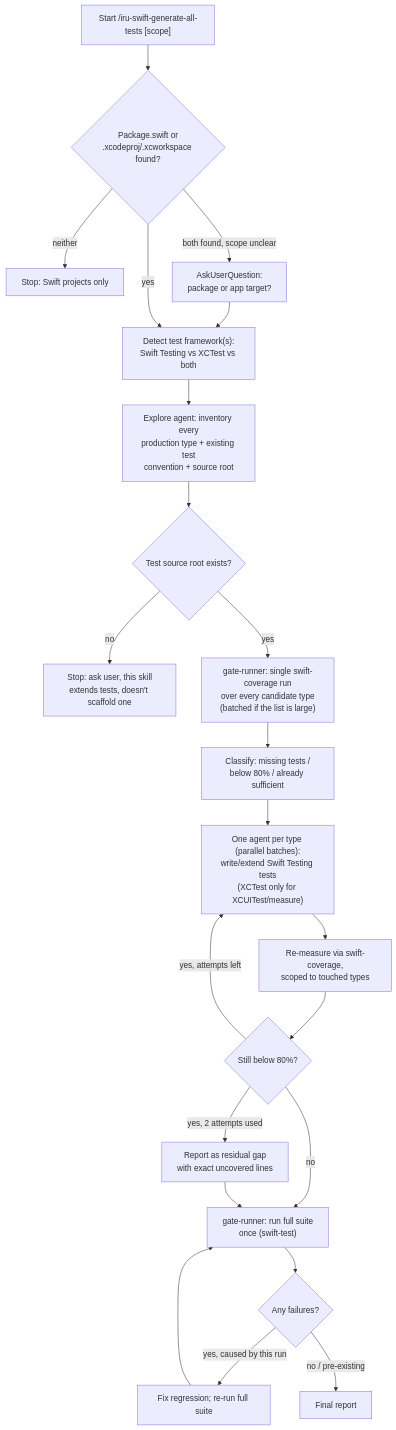
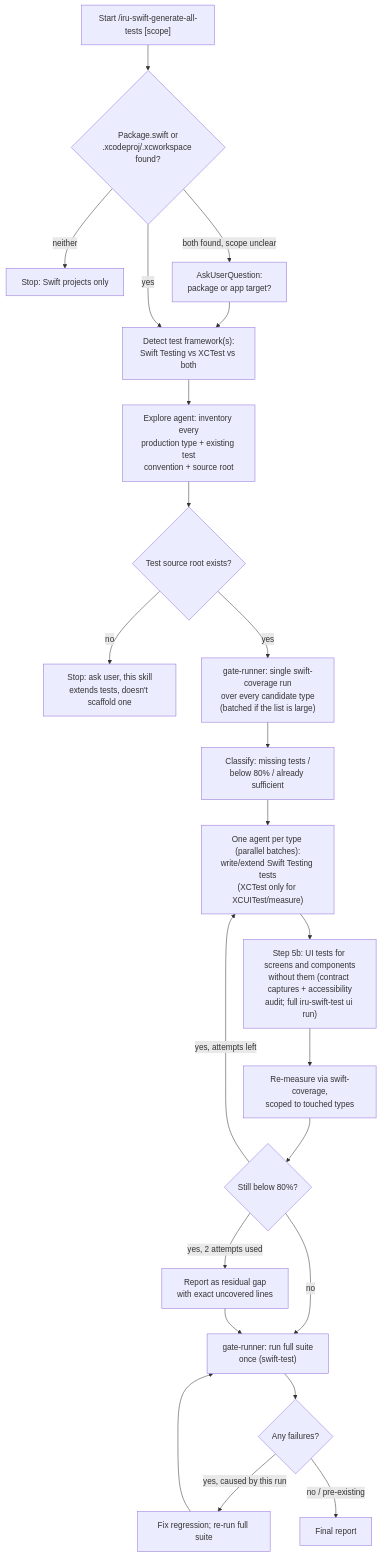
Before and after one commit to albertoirurueta/ai-catalog: the diagram in docs/modules/ROOT/pages/skills/iru-swift-generate-all-tests.adoc, drawn with Mermaid. The commit also changed other lines of this file and 325 other files, not shown here.

```diff
--- a/docs/modules/ROOT/pages/skills/iru-swift-generate-all-tests.adoc
+++ b/docs/modules/ROOT/pages/skills/iru-swift-generate-all-tests.adoc
@@ -65,25 +66,26 @@
 [mermaid]
 ....
 flowchart TD
     A["Start /iru-swift-generate-all-tests [scope]"] --> B{"Package.swift or\n.xcodeproj/.xcworkspace found?"}
     B -- neither --> B1["Stop: Swift projects only"]
     B -- both found, scope unclear --> B2["AskUserQuestion:\npackage or app target?"]
     B2 --> C
     B -- yes --> C["Detect test framework(s):\nSwift Testing vs XCTest vs both"]
     C --> D["Explore agent: inventory every\nproduction type + existing test\nconvention + source root"]
     D --> E{"Test source root exists?"}
     E -- no --> E1["Stop: ask user, this skill\nextends tests, doesn't scaffold one"]
     E -- yes --> F["gate-runner: single swift-coverage run\nover every candidate type\n(batched if the list is large)"]
     F --> G["Classify: missing tests /\nbelow 80% / already sufficient"]
     G --> H["One agent per type (parallel batches):\nwrite/extend Swift Testing tests\n(XCTest only for XCUITest/measure)"]
-    H --> I["Re-measure via swift-coverage,\nscoped to touched types"]
+    H --> H2["Step 5b: UI tests for screens and components\nwithout them (contract captures + accessibility\naudit; full iru-swift-test ui run)"]
+    H2 --> I["Re-measure via swift-coverage,\nscoped to touched types"]
     I --> J{"Still below 80%?"}
     J -- yes, attempts left --> H
     J -- yes, 2 attempts used --> K["Report as residual gap\nwith exact uncovered lines"]
     J -- no --> L["gate-runner: run full suite\nonce (swift-test)"]
     K --> L
     L --> M{"Any failures?"}
     M -- yes, caused by this run --> N["Fix regression; re-run full suite"]
     N --> L
     M -- no / pre-existing --> O["Final report"]
 ....
```
